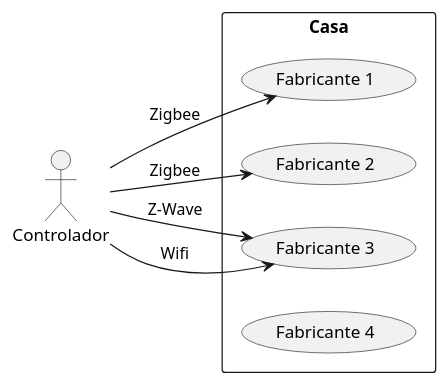
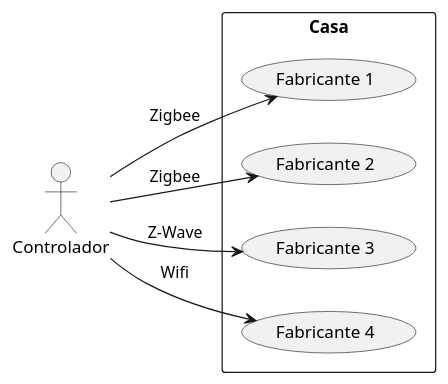
The diagram in casos-de-uso/caso-1.puml (gavioto/tfg-images), drawn with PlantUML before and after one commit.

Commit message:
fix error in case-1

```diff
--- a/casos-de-uso/caso-1.puml
+++ b/casos-de-uso/caso-1.puml
@@ -1,14 +1,14 @@
 @startuml
 left to right direction
 actor "Controlador" as fc
 rectangle Casa {
   usecase "Fabricante 1" as UC1
   usecase "Fabricante 2" as UC2
   usecase "Fabricante 3" as UC3
   usecase "Fabricante 4" as UC4
 } 
 fc --> UC1 : Zigbee 
 fc --> UC2 : Zigbee 
 fc --> UC3 : Z-Wave
-fc --> UC3 : Wifi 
+fc --> UC4 : Wifi 
 @enduml
```
